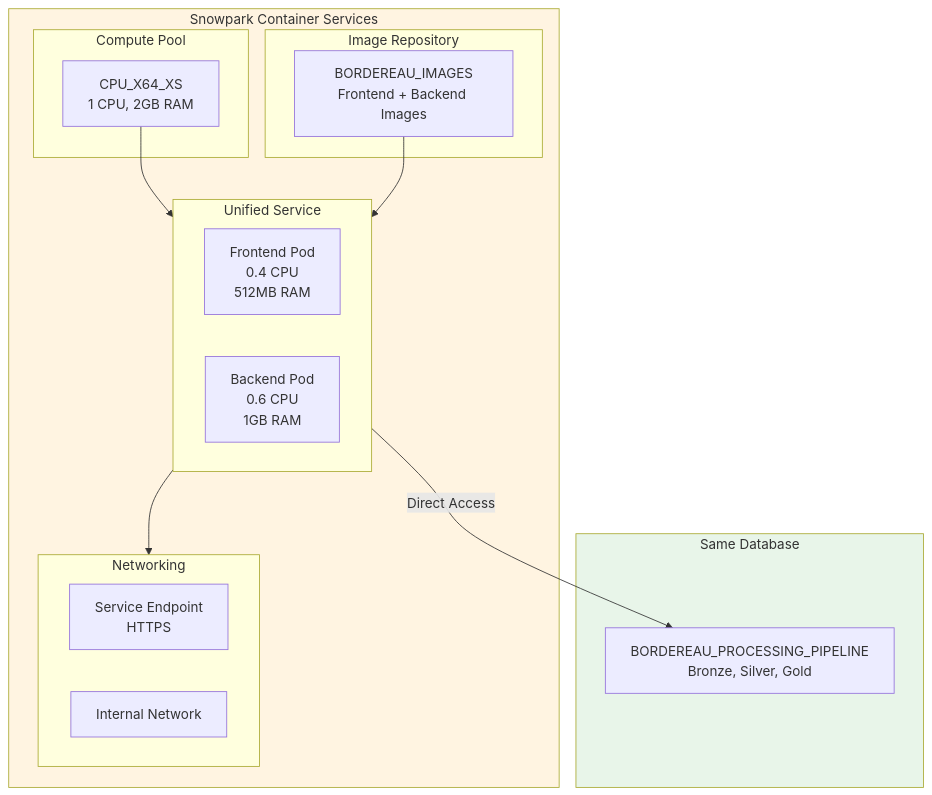
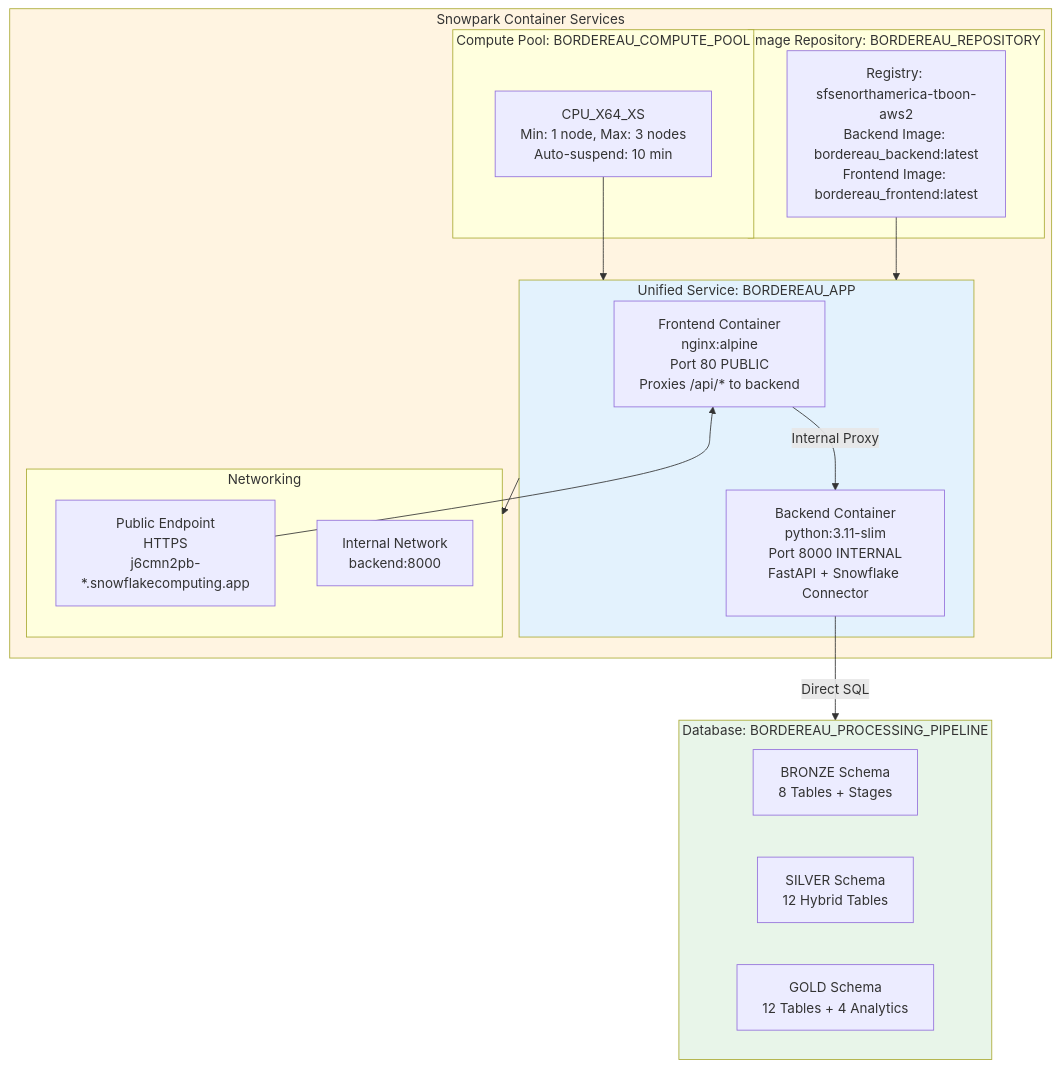
Before and after one commit to Boon67/bordereau_processing: the tenth of 17 diagrams in docs/ARCHITECTURE_DIAGRAMS.md, drawn with Mermaid. The commit also changed other lines of this file and 90 other files, not shown here.

````diff
--- a/docs/ARCHITECTURE_DIAGRAMS.md
+++ b/docs/ARCHITECTURE_DIAGRAMS.md
@@ -402,34 +402,39 @@
 ```mermaid
 graph TB
     subgraph SPCS["Snowpark Container Services"]
-        subgraph ComputePool["Compute Pool"]
-            Pool[CPU_X64_XS<br/>1 CPU, 2GB RAM]
+        subgraph ComputePool["Compute Pool: BORDEREAU_COMPUTE_POOL"]
+            Pool[CPU_X64_XS<br/>Min: 1 node, Max: 3 nodes<br/>Auto-suspend: 10 min]
         end
         
-        subgraph ImageRepo["Image Repository"]
-            Repo[BORDEREAU_IMAGES<br/>Frontend + Backend Images]
+        subgraph ImageRepo["Image Repository: BORDEREAU_REPOSITORY"]
+            Repo[Registry: sfsenorthamerica-tboon-aws2<br/>Backend Image: bordereau_backend:latest<br/>Frontend Image: bordereau_frontend:latest]
         end
         
-        subgraph Service["Unified Service"]
-            FEPod[Frontend Pod<br/>0.4 CPU<br/>512MB RAM]
-            BEPod[Backend Pod<br/>0.6 CPU<br/>1GB RAM]
+        subgraph Service["Unified Service: BORDEREAU_APP"]
+            FEPod[Frontend Container<br/>nginx:alpine<br/>Port 80 PUBLIC<br/>Proxies /api/* to backend]
+            BEPod[Backend Container<br/>python:3.11-slim<br/>Port 8000 INTERNAL<br/>FastAPI + Snowflake Connector]
         end
         
         subgraph Network["Networking"]
-            Ingress[Service Endpoint<br/>HTTPS]
-            Internal[Internal Network]
+            Ingress[Public Endpoint<br/>HTTPS<br/>j6cmn2pb-*.snowflakecomputing.app]
+            Internal[Internal Network<br/>backend:8000]
         end
     end
     
-    subgraph Database["Same Database"]
-        DB[BORDEREAU_PROCESSING_PIPELINE<br/>Bronze, Silver, Gold]
+    subgraph Database["Database: BORDEREAU_PROCESSING_PIPELINE"]
+        Bronze[BRONZE Schema<br/>8 Tables + Stages]
+        Silver[SILVER Schema<br/>12 Hybrid Tables]
+        Gold[GOLD Schema<br/>12 Tables + 4 Analytics]
     end
     
     Pool --> Service
     Repo --> Service
     Service --> Network
-    Service -->|Direct Access| DB
+    Ingress --> FEPod
+    FEPod -->|Internal Proxy| BEPod
+    BEPod -->|Direct SQL| Database
     
     style SPCS fill:#fff4e1
     style Database fill:#e8f5e9
+    style Service fill:#e3f2fd
 ```
````
